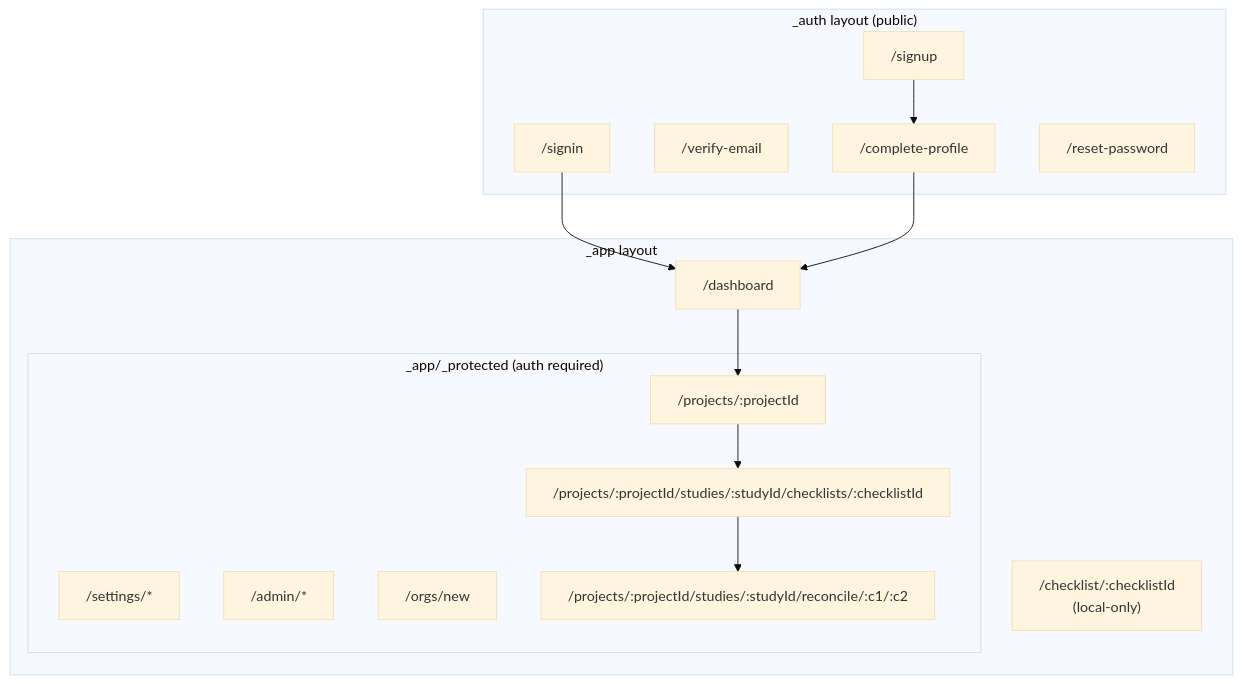
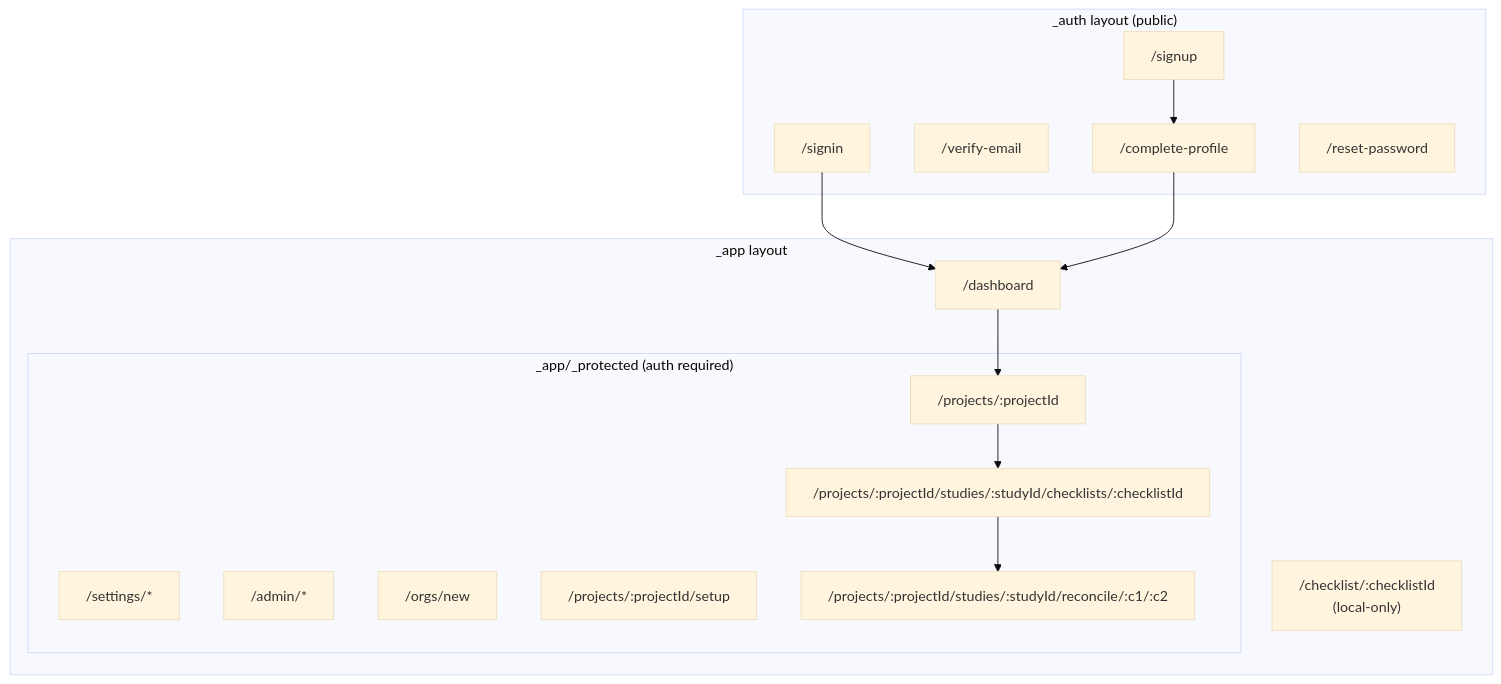
The diagram in packages/docs/architecture/diagrams/05-frontend-routes.md (InfinityBowman/corates), drawn with Mermaid (base theme) before and after one commit. The commit also changed other lines of this file and 28 other files, not shown here.

First line of the commit message:
Add first-run project setup with a studies step

````diff
--- a/packages/docs/architecture/diagrams/05-frontend-routes.md
+++ b/packages/docs/architecture/diagrams/05-frontend-routes.md
@@ -5,31 +5,32 @@
 ```mermaid
 flowchart TD
     subgraph Public["_auth layout (public)"]
         signin["/signin"]
         signup["/signup"]
         verifyemail["/verify-email"]
         completeprofile["/complete-profile"]
         resetpw["/reset-password"]
     end
 
     subgraph App["_app layout"]
         dashboard["/dashboard"]
         localcheck["/checklist/:checklistId<br/>(local-only)"]
 
         subgraph Protected["_app/_protected (auth required)"]
             settings["/settings/*"]
             admin["/admin/*"]
             createorg["/orgs/new"]
             projectview["/projects/:projectId"]
+            projectsetup["/projects/:projectId/setup"]
             checklistview["/projects/:projectId/studies/:studyId/checklists/:checklistId"]
             reconcile["/projects/:projectId/studies/:studyId/reconcile/:c1/:c2"]
         end
     end
 
     signin --> dashboard
     signup --> completeprofile
     completeprofile --> dashboard
     dashboard --> projectview
     projectview --> checklistview
     checklistview --> reconcile
 ```
````
